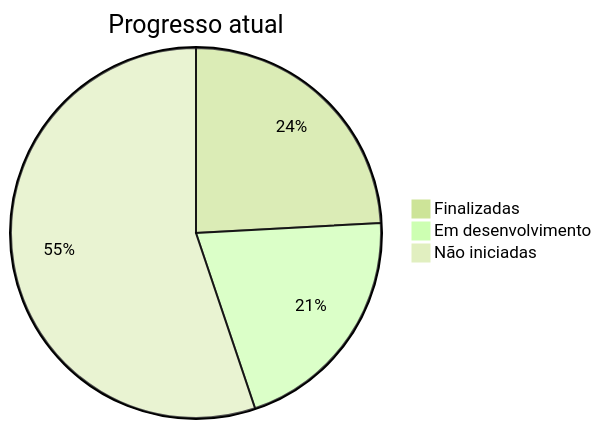
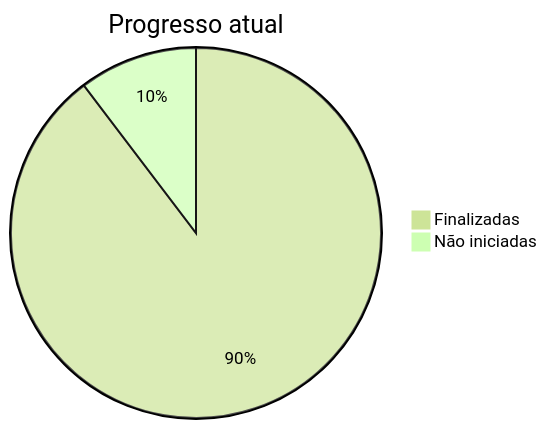
Before and after one commit to IshikawaRasoto/SupplySync: the second of 2 diagrams in Cronograma.md, drawn with Mermaid (forest theme). The commit also changed other lines of this file, not shown here.

````diff
--- a/Cronograma.md
+++ b/Cronograma.md
@@ -100,8 +100,7 @@
 ```mermaid
 
 pie title Progresso atual
-    "Finalizadas" : 7
-    "Em desenvolvimento" : 6
-    "Não iniciadas" : 16
+    "Finalizadas" : 26
+    "Não iniciadas" : 3
 
 ```
````
